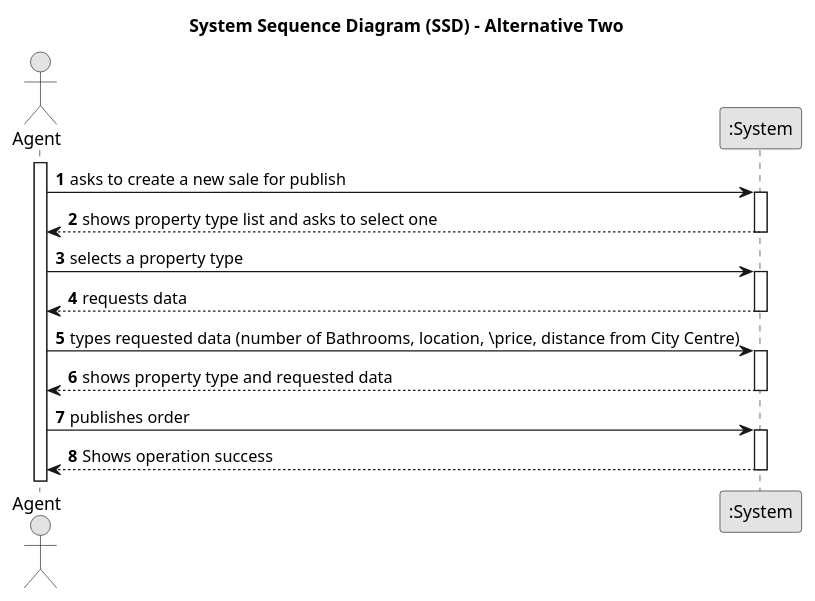
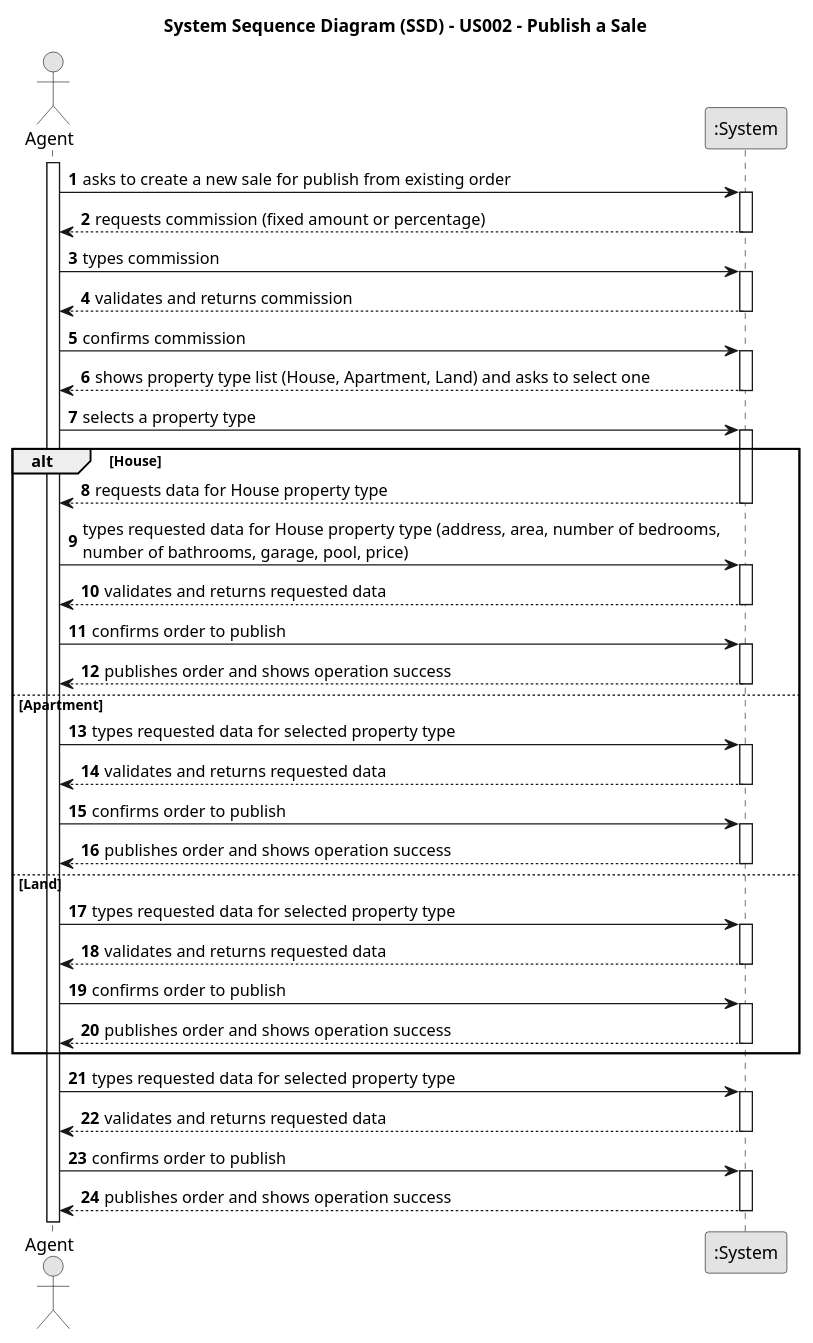
One commit to Goncalves2525/real-estate-management-system changed the diagram in docs/sprintB/us002/01.requirements-engineering/puml/us002-system-sequence-diagram-alternative-two.puml. Above: the diagram before and after it, drawn with PlantUML. The commit also changed 5 other files, not shown here.

```diff
--- a/docs/sprintB/us002/01.requirements-engineering/puml/us002-system-sequence-diagram-alternative-two.puml
+++ b/docs/sprintB/us002/01.requirements-engineering/puml/us002-system-sequence-diagram-alternative-two.puml
@@ -1,38 +1,90 @@
 @startuml
 skinparam monochrome true
 skinparam packageStyle rectangle
 skinparam shadowing false
 
-title System Sequence Diagram (SSD) - Alternative Two
+title System Sequence Diagram (SSD) - US002 - Publish a Sale
 
 autonumber
 
 actor "Agent" as Agent
 participant ":System" as System
 
 activate Agent
 
-    Agent -> System : asks to create a new sale for publish
+    Agent -> System : asks to create a new sale for publish from existing order
     activate System
 
-        System --> Agent : shows property type list and asks to select one
+    System --> Agent : requests commission (fixed amount or percentage)
+    deactivate System
+
+    Agent -> System : types commission
+    activate System
+
+    System --> Agent : validates and returns commission
+    deactivate System
+
+    Agent -> System : confirms commission
+    activate System
+
+    System --> Agent : shows property type list (House, Apartment, Land) and asks to select one
     deactivate System
 
     Agent -> System : selects a property type
     activate System
 
-        System --> Agent : requests data
+    alt House
+
+        System --> Agent : requests data for House property type
+        deactivate System
+
+        Agent -> System : types requested data for House property type (address, area, number of bedrooms, \nnumber of bathrooms, garage, pool, price)
+        activate System
+
+        System --> Agent : validates and returns requested data
+        deactivate System
+
+        Agent -> System : confirms order to publish
+        activate System
+
+        System --> Agent : publishes order and shows operation success
+        deactivate System
+    else  Apartment
+        Agent -> System : types requested data for selected property type
+        activate System
+
+            System --> Agent : validates and returns requested data
+        deactivate System
+
+        Agent -> System : confirms order to publish
+        activate System
+
+        System --> Agent : publishes order and shows operation success
+        deactivate System
+    else  Land
+        Agent -> System : types requested data for selected property type
+        activate System
+
+            System --> Agent : validates and returns requested data
+        deactivate System
+
+        Agent -> System : confirms order to publish
+        activate System
+
+        System --> Agent : publishes order and shows operation success
+        deactivate System
+    end
+
+    Agent -> System : types requested data for selected property type
+    activate System
+
+        System --> Agent : validates and returns requested data
     deactivate System
 
-    Agent -> System : types requested data (number of Bathrooms, location, \price, distance from City Centre)
+    Agent -> System : confirms order to publish
     activate System
 
-        System --> Agent : shows property type and requested data
+    System --> Agent : publishes order and shows operation success
     deactivate System
 
-    Agent -> System : publishes order
-    activate System
-
-        System --> Agent : Shows operation success
-    deactivate System
 @enduml
```
